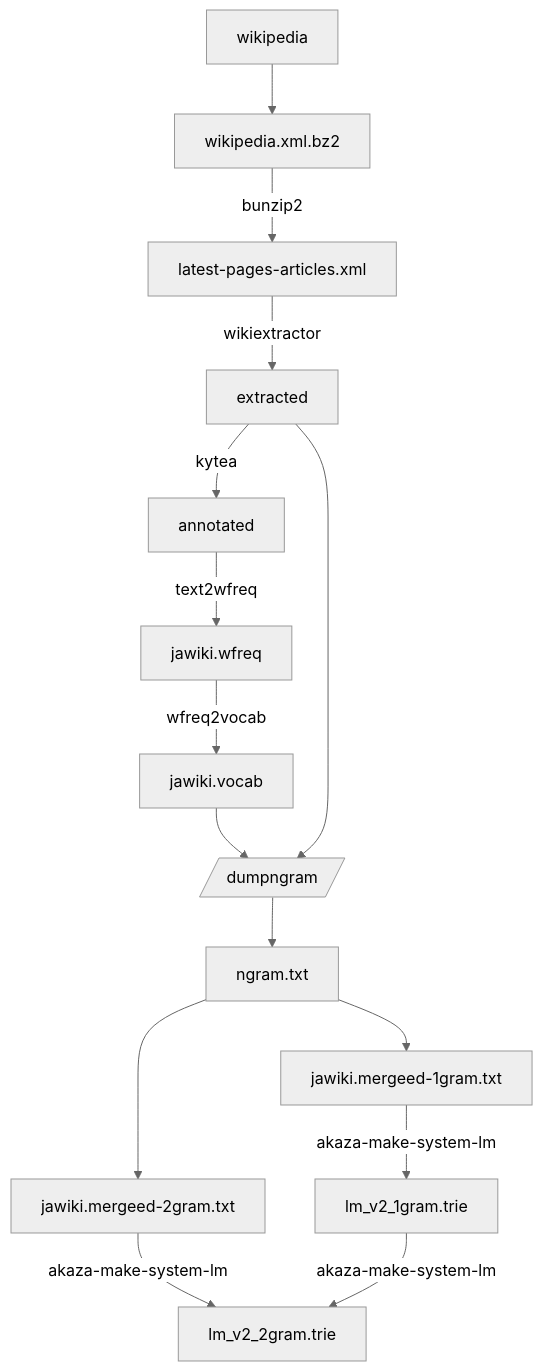
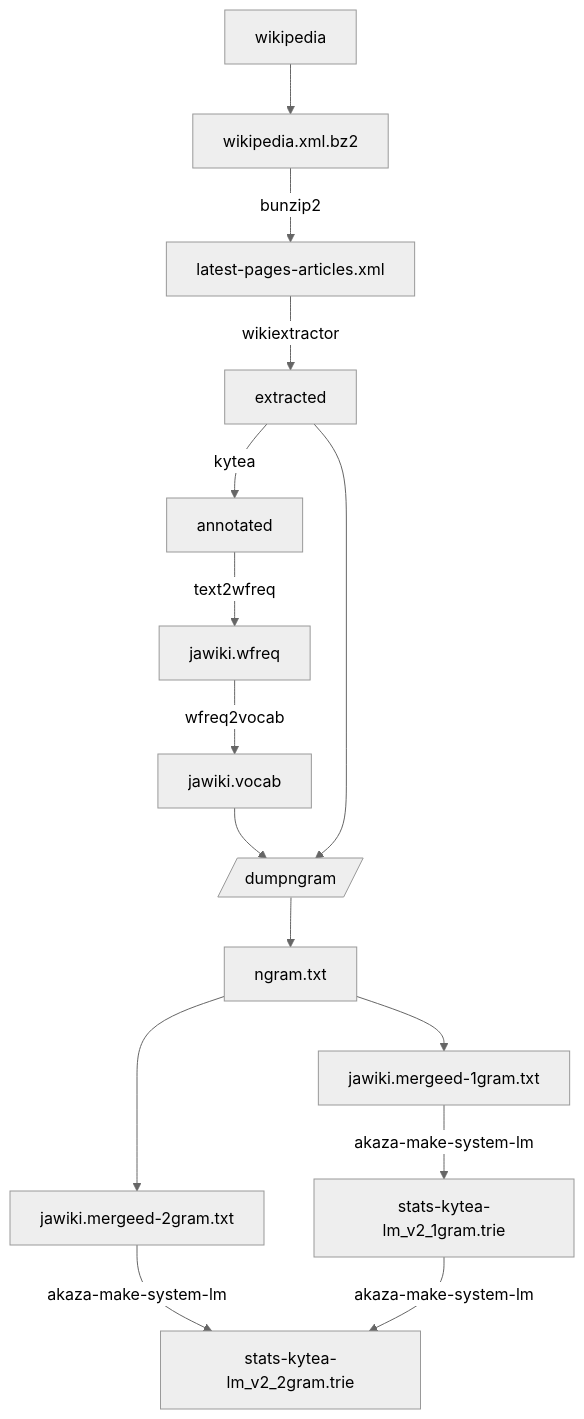
Before and after one commit to akaza-im/akaza: the first of 2 diagrams in docs/data-flow.md, drawn with Mermaid (neutral theme). The commit also changed 7 other files, not shown here.

````diff
--- a/docs/data-flow.md
+++ b/docs/data-flow.md
@@ -13,18 +13,18 @@
 ```mermaid
 graph TD
     wikipedia --> wikipedia.xml.bz2
     -- bunzip2 -->latest-pages-articles.xml
     -- wikiextractor --> extracted
     -- kytea --> annotated
     -- text2wfreq --> jawiki.wfreq
     -- wfreq2vocab --> jawiki.vocab
     jawiki.vocab --> dumpngram[/dumpngram/]
     extracted --> dumpngram[/dumpngram/]
     --> ngram.txt
     ngram.txt --> jawiki.mergeed-1gram.txt
     ngram.txt --> jawiki.mergeed-2gram.txt
 
-    jawiki.mergeed-1gram.txt -- akaza-make-system-lm --> lm_v2_1gram.trie
-    jawiki.mergeed-2gram.txt -- akaza-make-system-lm --> lm_v2_2gram.trie
-    lm_v2_1gram.trie -- akaza-make-system-lm --> lm_v2_2gram.trie
+    jawiki.mergeed-1gram.txt -- akaza-make-system-lm --> stats-kytea-lm_v2_1gram.trie
+    jawiki.mergeed-2gram.txt -- akaza-make-system-lm --> stats-kytea-lm_v2_2gram.trie
+    stats-kytea-lm_v2_1gram.trie -- akaza-make-system-lm --> stats-kytea-lm_v2_2gram.trie
 ```
````
